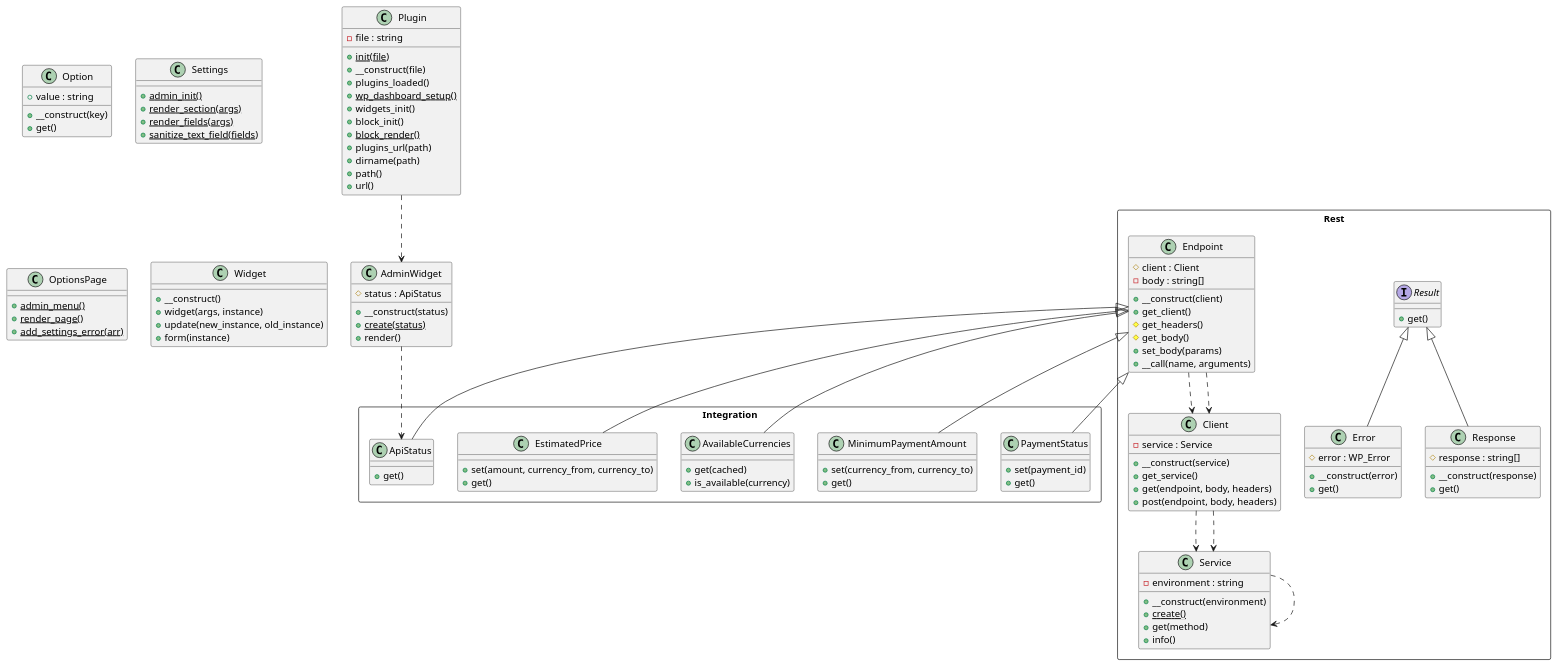
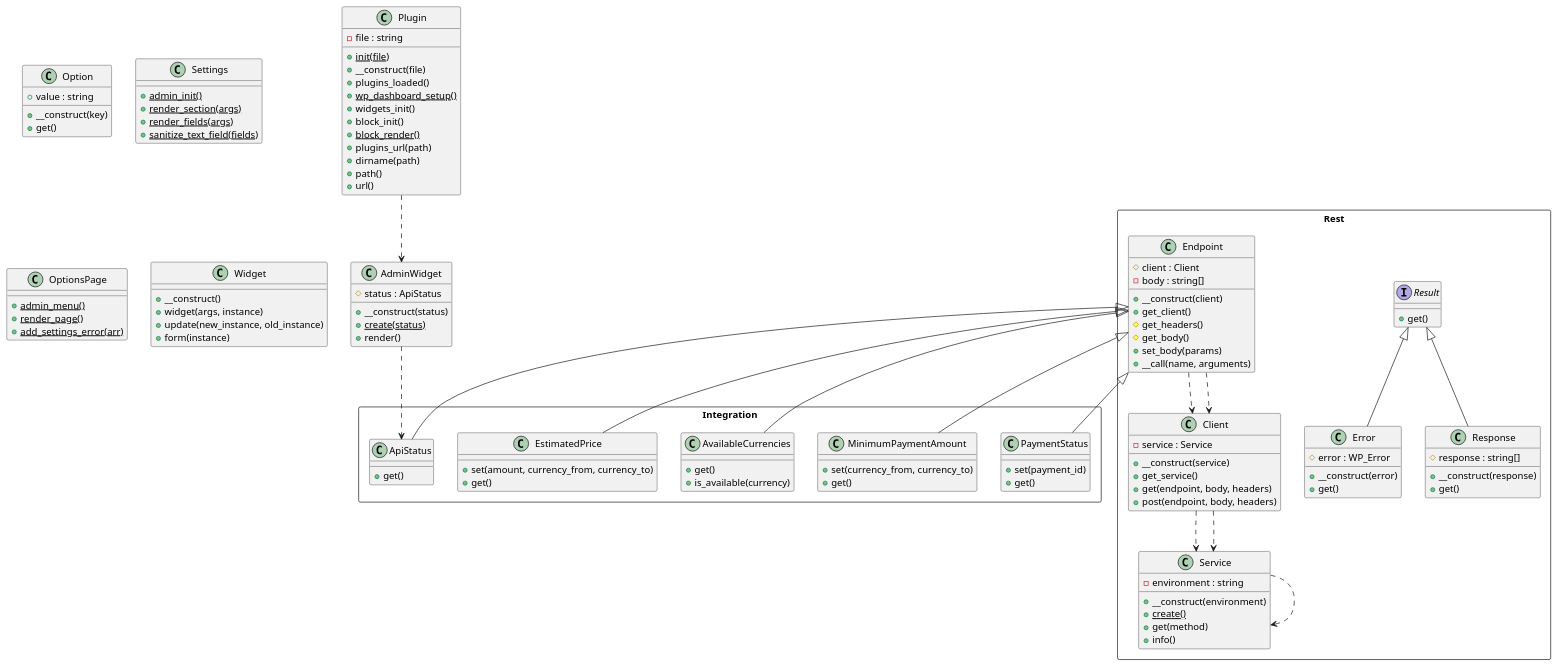
One commit to lloc/wp-nowpayments-integration changed the diagram in plantuml_gist.puml. Above: the diagram before and after it, drawn with PlantUML. The commit also changed 5 other files, not shown here.

```diff
--- a/plantuml_gist.puml
+++ b/plantuml_gist.puml
@@ -1,118 +1,118 @@
 @startuml class-diagram
   class Option {
     +value : string
     +__construct(key)
     +get()
   }
   class Settings {
     {static} +admin_init()
     {static} +render_section(args)
     {static} +render_fields(args)
     {static} +sanitize_text_field(fields)
   }
   class Plugin {
     -file : string
     {static} +init(file)
     +__construct(file)
     +plugins_loaded()
     {static} +wp_dashboard_setup()
     +widgets_init()
     +block_init()
     {static} +block_render()
     +plugins_url(path)
     +dirname(path)
     +path()
     +url()
   }
   class AdminWidget {
     #status : ApiStatus
     +__construct(status)
     {static} +create(status)
     +render()
   }
   class OptionsPage {
     {static} +admin_menu()
     {static} +render_page()
     {static} +add_settings_error(arr)
   }
   class Widget {
     +__construct()
     +widget(args, instance)
     +update(new_instance, old_instance)
     +form(instance)
   }
   package Integration as Integration <<Rectangle>> {
     class Integration.ApiStatus {
       +get()
     }
     class Integration.MinimumPaymentAmount {
       +set(currency_from, currency_to)
       +get()
     }
     class Integration.AvailableCurrencies {
-      +get(cached)
+      +get()
       +is_available(currency)
     }
     class Integration.EstimatedPrice {
       +set(amount, currency_from, currency_to)
       +get()
     }
     class Integration.PaymentStatus {
       +set(payment_id)
       +get()
     }
   }
   package Rest as Rest <<Rectangle>> {
     interface Rest.Result {
       +get()
     }
     class Rest.Error {
       #error : WP_Error
       +__construct(error)
       +get()
     }
     class Rest.Service {
       -environment : string
       +__construct(environment)
       {static} +create()
       +get(method)
       +info()
     }
     class Rest.Client {
       -service : Service
       +__construct(service)
       +get_service()
       +get(endpoint, body, headers)
       +post(endpoint, body, headers)
     }
     class Rest.Response {
       #response : string[]
       +__construct(response)
       +get()
     }
     class Rest.Endpoint {
       #client : Client
       -body : string[]
       +__construct(client)
       +get_client()
       #get_headers()
       #get_body()
       +set_body(params)
       +__call(name, arguments)
     }
   }
   AdminWidget ..> Integration.ApiStatus
   Plugin ..> AdminWidget
   Rest.Client ..> Rest.Service
   Rest.Client ..> Rest.Service
   Rest.Endpoint ..> Rest.Client
   Rest.Endpoint ..> Rest.Client
   Rest.Endpoint <|-- Integration.ApiStatus
   Rest.Endpoint <|-- Integration.AvailableCurrencies
   Rest.Endpoint <|-- Integration.EstimatedPrice
   Rest.Endpoint <|-- Integration.MinimumPaymentAmount
   Rest.Endpoint <|-- Integration.PaymentStatus
   Rest.Result <|-- Rest.Error
   Rest.Result <|-- Rest.Response
   Rest.Service ..> Rest.Service
 @enduml
```
